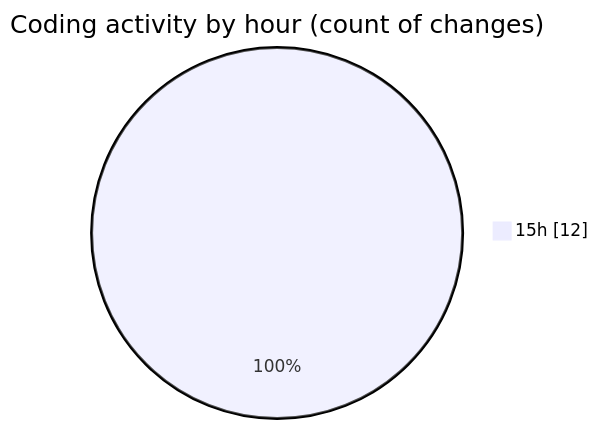
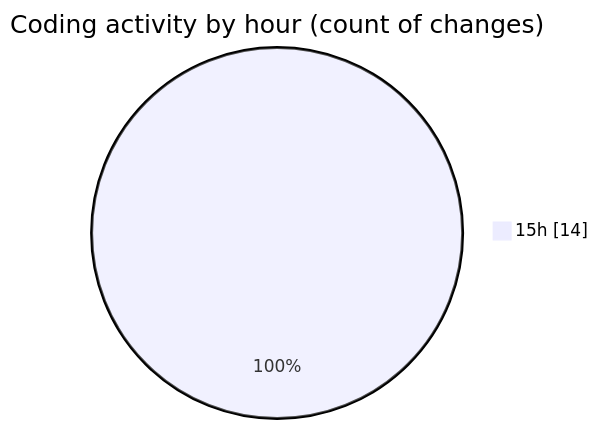
Before and after one commit to nxtqubesakshisongat/code-tracking: the second of 2 diagrams in 2025-08-21/nxtqube_webapp/README.md, drawn with Mermaid. The commit also changed other lines of this file and 1 other file, not shown here.

````diff
--- a/2025-08-21/nxtqube_webapp/README.md
+++ b/2025-08-21/nxtqube_webapp/README.md
@@ -30,5 +31,5 @@
 ```mermaid
 pie showData
 title Coding activity by hour (count of changes)
-"15h" : 12
+"15h" : 14
 ```
````
